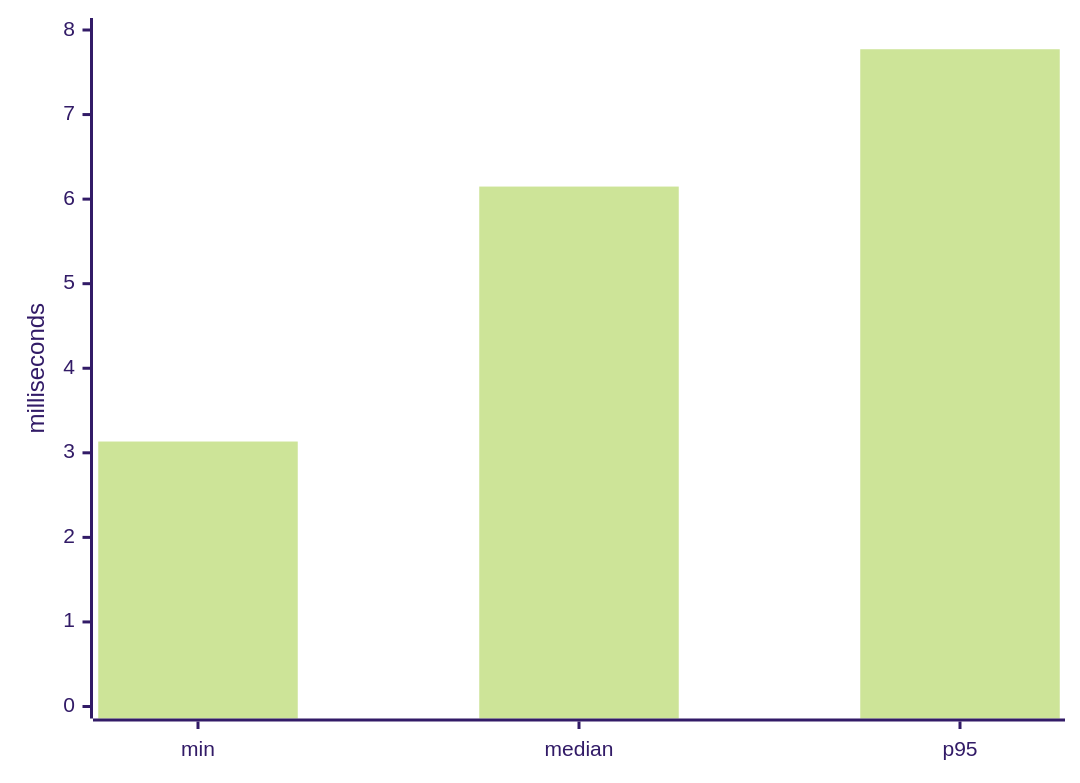
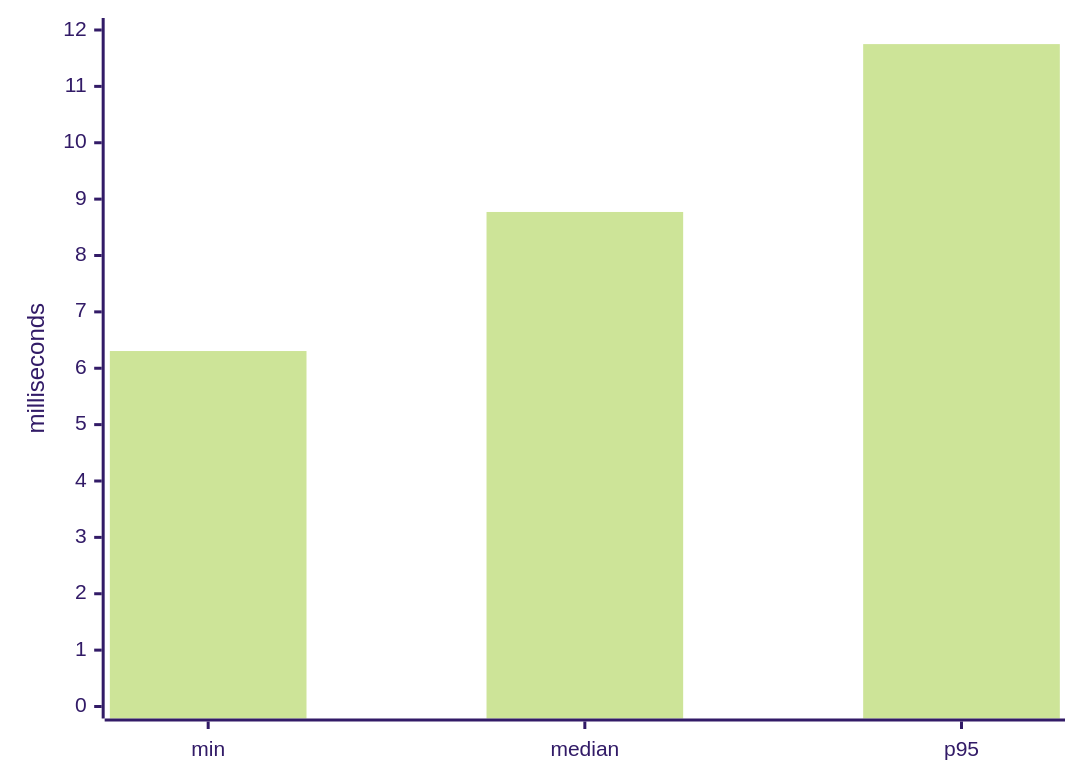
One commit to nguyentrungnghia1802/USE_BDI_Plugin changed the diagram in docs/project/evidence/performance-baseline.md. Above: the diagram before and after it, drawn with Mermaid (forest theme). The commit also changed other lines of this file and 14 other files, not shown here.

Commit message:
test(evaluation): measure metamodel and diagram coverage

````diff
--- a/docs/project/evidence/performance-baseline.md
+++ b/docs/project/evidence/performance-baseline.md
@@ -23,6 +23,6 @@
 ```mermaid
 xychart-beta
     x-axis ["min", "median", "p95"]
-    y-axis "milliseconds" 0 --> 8
-    bar [3.1334, 6.1485, 7.7725]
+    y-axis "milliseconds" 0 --> 12
+    bar [6.3055, 8.7722, 11.7498]
 ```
````
